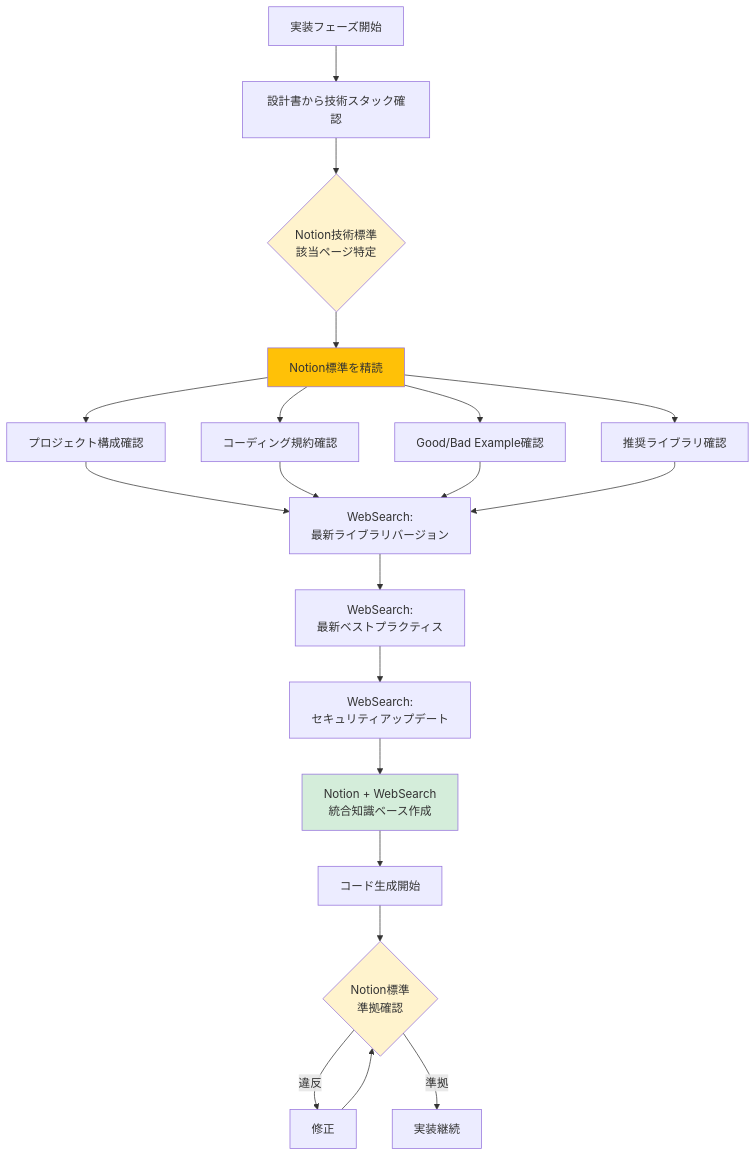
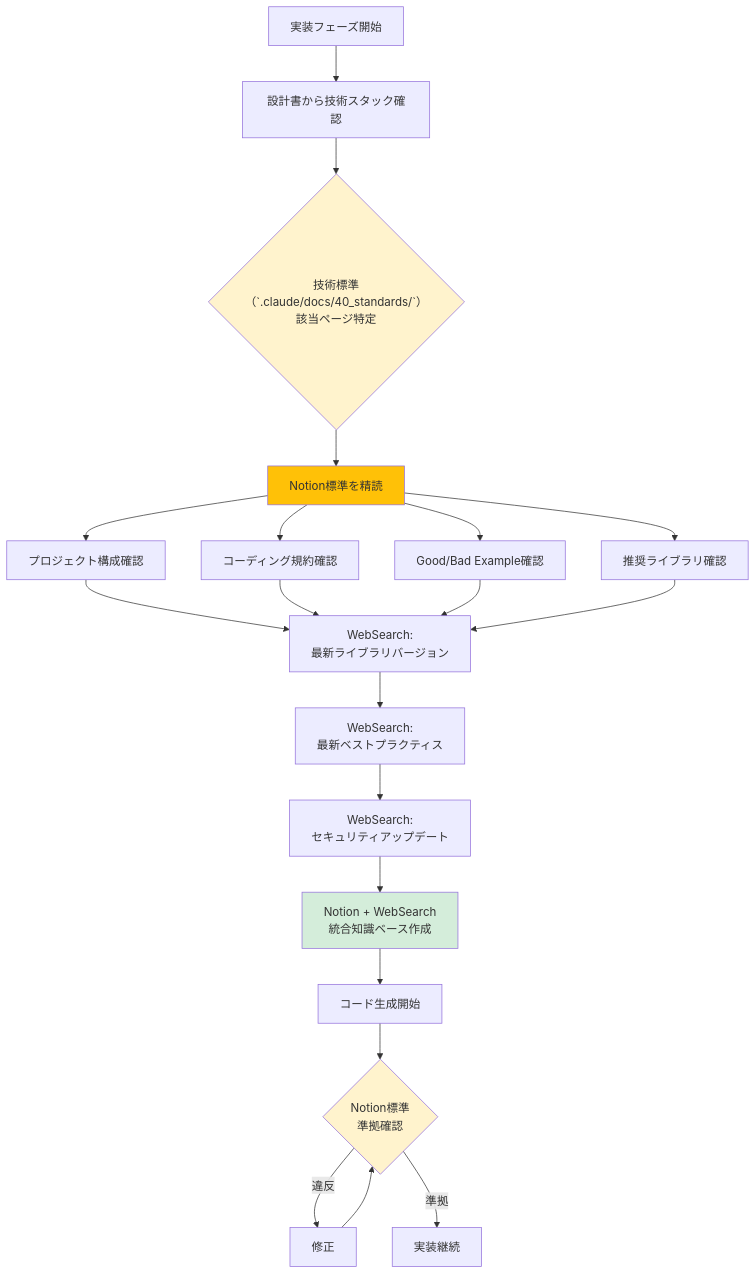
One commit to k-tanaka-522/aidev changed the diagram in .claude/docs/10_facilitation/2.4_実装フェーズ/2.4.0_事前調査.md. Above: the diagram before and after it, drawn with Mermaid. The commit also changed other lines of this file and 39 other files, not shown here.

First line of the commit message:
Fix Phase 2.0: Replace Notion references with .claude/docs/40_standards/

````diff
--- a/.claude/docs/10_facilitation/2.4_実装フェーズ/2.4.0_事前調査.md
+++ b/.claude/docs/10_facilitation/2.4_実装フェーズ/2.4.0_事前調査.md
@@ -66,33 +66,33 @@
 ```mermaid
 flowchart TB
     A[実装フェーズ開始] --> B[設計書から技術スタック確認]
-    B --> C{Notion技術標準<br/>該当ページ特定}
+    B --> C{技術標準（`.claude/docs/40_standards/`）<br/>該当ページ特定}
 
     C --> D[Notion標準を精読]
     D --> E[プロジェクト構成確認]
     D --> F[コーディング規約確認]
     D --> G[Good/Bad Example確認]
     D --> H[推奨ライブラリ確認]
 
     E --> I[WebSearch:<br/>最新ライブラリバージョン]
     F --> I
     G --> I
     H --> I
 
     I --> J[WebSearch:<br/>最新ベストプラクティス]
     J --> K[WebSearch:<br/>セキュリティアップデート]
     K --> L[Notion + WebSearch<br/>統合知識ベース作成]
 
     L --> M[コード生成開始]
     M --> N{Notion標準<br/>準拠確認}
 
     N -->|違反| O[修正]
     O --> N
 
     N -->|準拠| P[実装継続]
 
     style C fill:#fff3cd
     style D fill:#ffc107
     style L fill:#d4edda
     style N fill:#fff3cd
 ```
````
